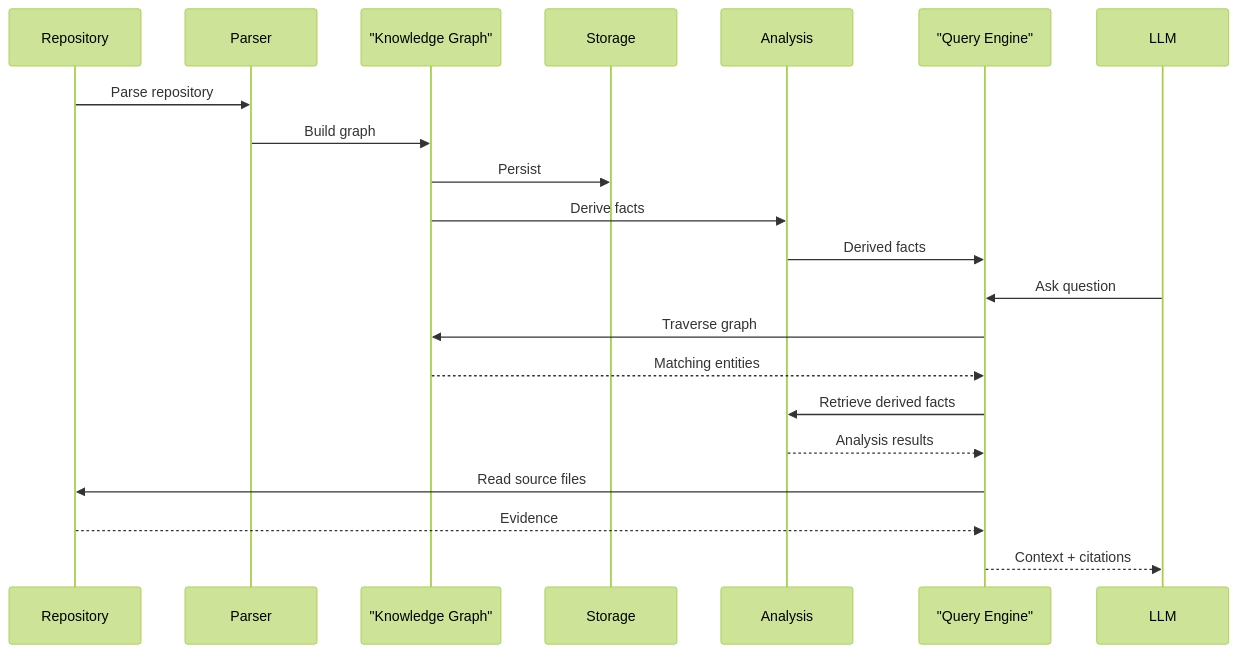
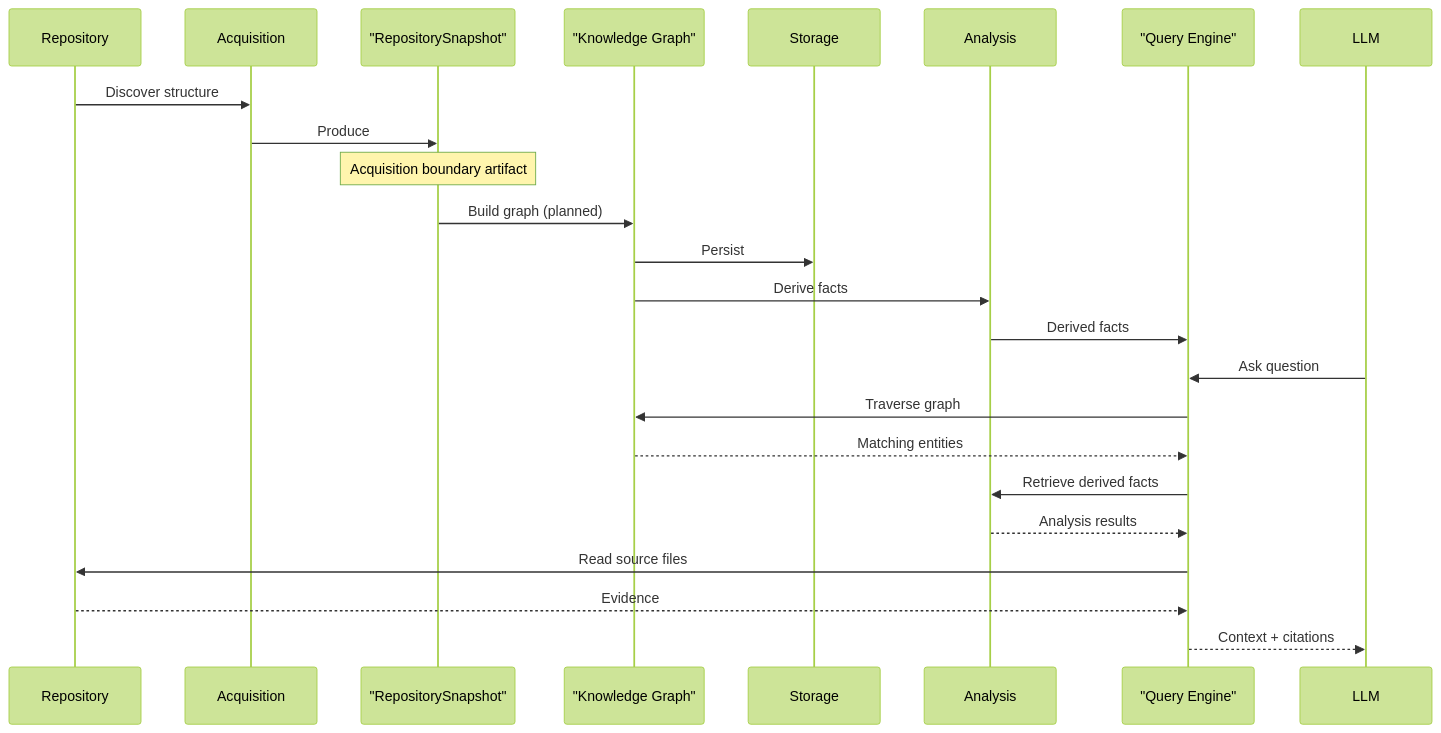
One commit to akash1047/kode changed the fifth of 5 diagrams in docs/ARCHITECTURE.md. Above: the diagram before and after it, drawn with Mermaid (forest theme). The commit also changed other lines of this file and 32 other files, not shown here.

First line of the commit message:
feat(acquisition): implement repository discovery and snapshot pipeline

````diff
--- a/docs/ARCHITECTURE.md
+++ b/docs/ARCHITECTURE.md
@@ -279,37 +285,42 @@
 ```mermaid
 sequenceDiagram
 
 participant Repo as Repository
-participant Parser
+participant Acquisition
+participant Snapshot as "RepositorySnapshot"
 participant Graph as "Knowledge Graph"
 participant Storage
 participant Analysis
 participant Query as "Query Engine"
 participant LLM
 
-Repo->>Parser: Parse repository
+Repo->>Acquisition: Discover structure
 
-Parser->>Graph: Build graph
+Acquisition->>Snapshot: Produce
+
+Note over Snapshot: Acquisition boundary artifact
+
+Snapshot->>Graph: Build graph (planned)
 
 Graph->>Storage: Persist
 
 Graph->>Analysis: Derive facts
 
 Analysis->>Query: Derived facts
 
 LLM->>Query: Ask question
 
 Query->>Graph: Traverse graph
 
 Graph-->>Query: Matching entities
 
 Query->>Analysis: Retrieve derived facts
 
 Analysis-->>Query: Analysis results
 
 Query->>Repo: Read source files
 
 Repo-->>Query: Evidence
 
 Query-->>LLM: Context + citations
 ```
````
